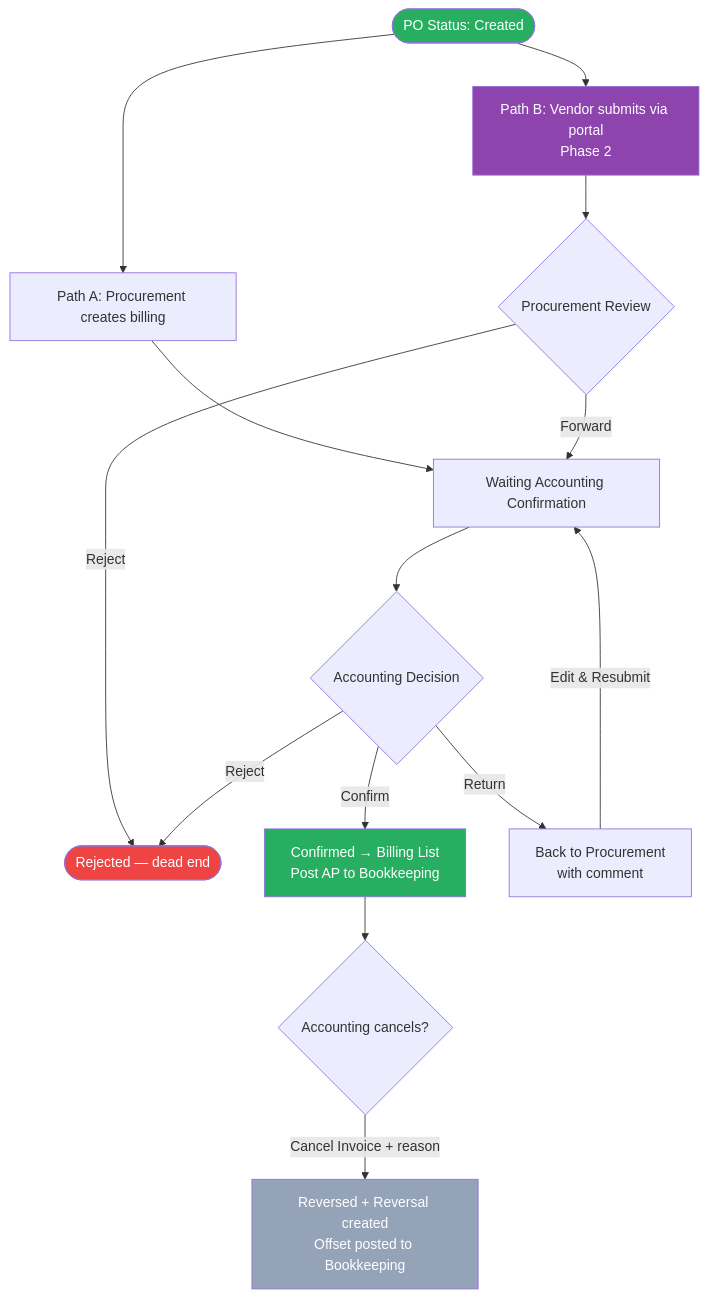
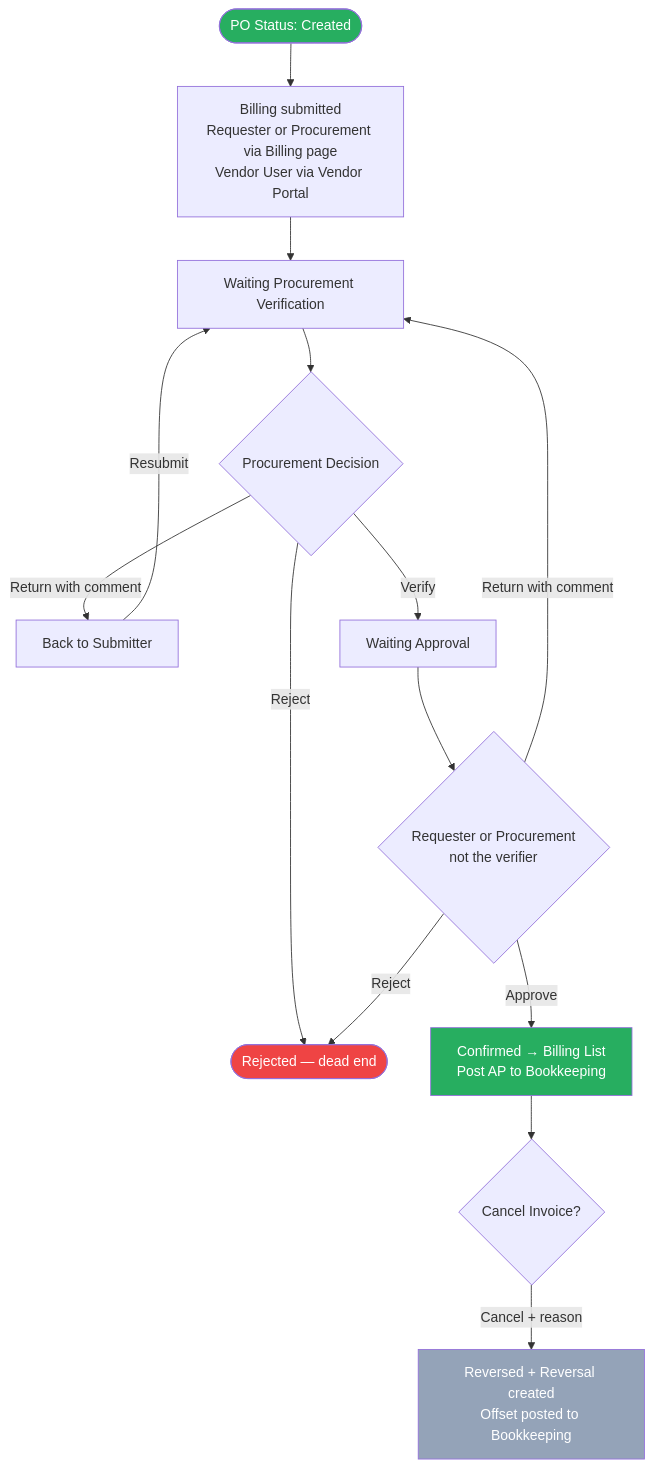
One commit to phasathoncha-droid/Procurement-System changed the diagram in 02_features/Billing/001-billing-creation.md. Above: the diagram before and after it, drawn with Mermaid. The commit also changed other lines of this file and 2 other files, not shown here.

First line of the commit message:
feat: update PR, GR, and Billing feature specs

````diff
--- a/02_features/Billing/001-billing-creation.md
+++ b/02_features/Billing/001-billing-creation.md
@@ -163,27 +193,25 @@
 ```mermaid
 flowchart TD
     A([PO Status: Created])
-    A --> B1[Path A: Procurement creates billing]
-    A --> B2[Path B: Vendor submits via portal\nPhase 2]
+    A --> B[Billing submitted\nRequester or Procurement via Billing page\nVendor User via Vendor Portal]
+    B --> C[Waiting Procurement Verification]
 
-    B1 --> C[Waiting Accounting Confirmation]
+    C --> D{Procurement Decision}
+    D -->|Return with comment| RS[Back to Submitter]
+    RS -->|Resubmit| C
+    D -->|Reject| RJ([Rejected — dead end])
+    D -->|Verify| E[Waiting Approval]
 
-    B2 --> D{Procurement Review}
-    D -->|Reject| RJ([Rejected — dead end])
-    D -->|Forward| C
+    E --> F{Requester or Procurement\nnot the verifier}
+    F -->|Return with comment| C
+    F -->|Reject| RJ
+    F -->|Approve| G[Confirmed → Billing List\nPost AP to Bookkeeping]
 
-    C --> E{Accounting Decision}
-    E -->|Confirm| F[Confirmed → Billing List\nPost AP to Bookkeeping]
-    E -->|Return| G[Back to Procurement\nwith comment]
-    E -->|Reject| RJ
-    G -->|Edit & Resubmit| C
-
-    F --> H{Accounting cancels?}
-    H -->|Cancel Invoice + reason| I[Reversed + Reversal created\nOffset posted to Bookkeeping]
+    G --> H{Cancel Invoice?}
+    H -->|Cancel + reason| I[Reversed + Reversal created\nOffset posted to Bookkeeping]
 
     style A fill:#27AE60,color:#fff
-    style F fill:#27AE60,color:#fff
+    style G fill:#27AE60,color:#fff
     style I fill:#94A3B8,color:#fff
     style RJ fill:#EF4444,color:#fff
-    style B2 fill:#8E44AD,color:#fff
 ```
````
